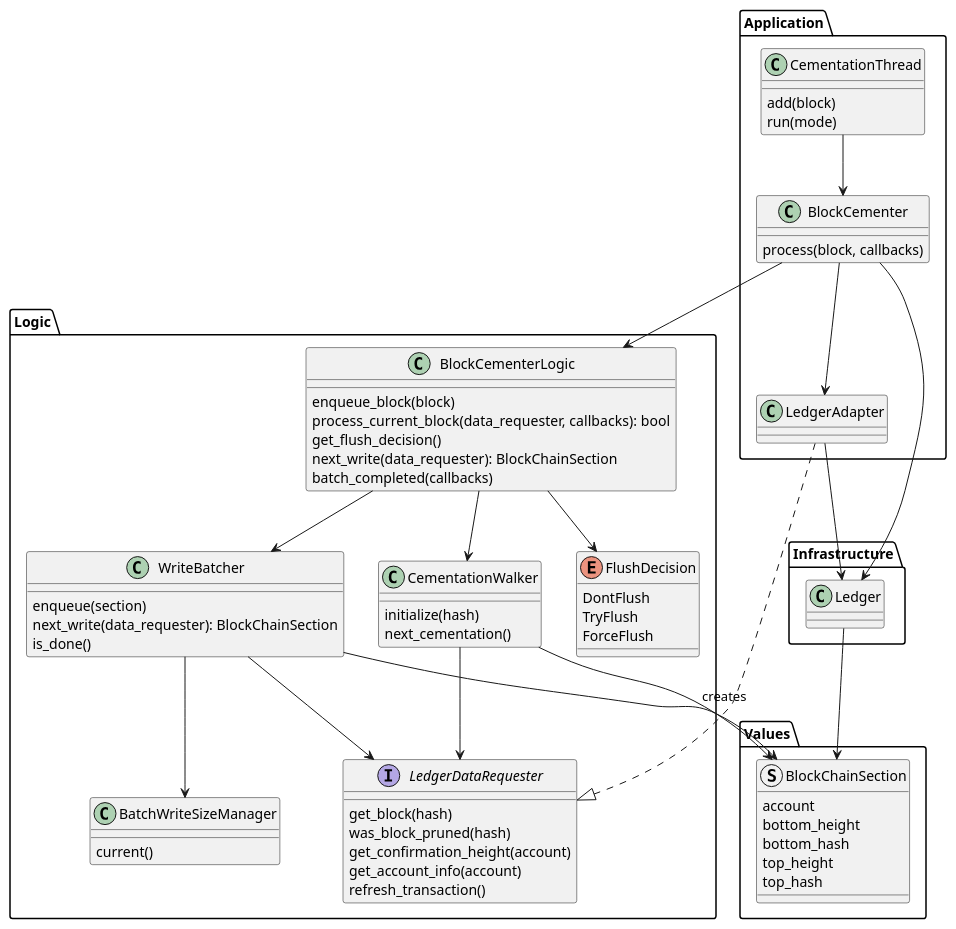
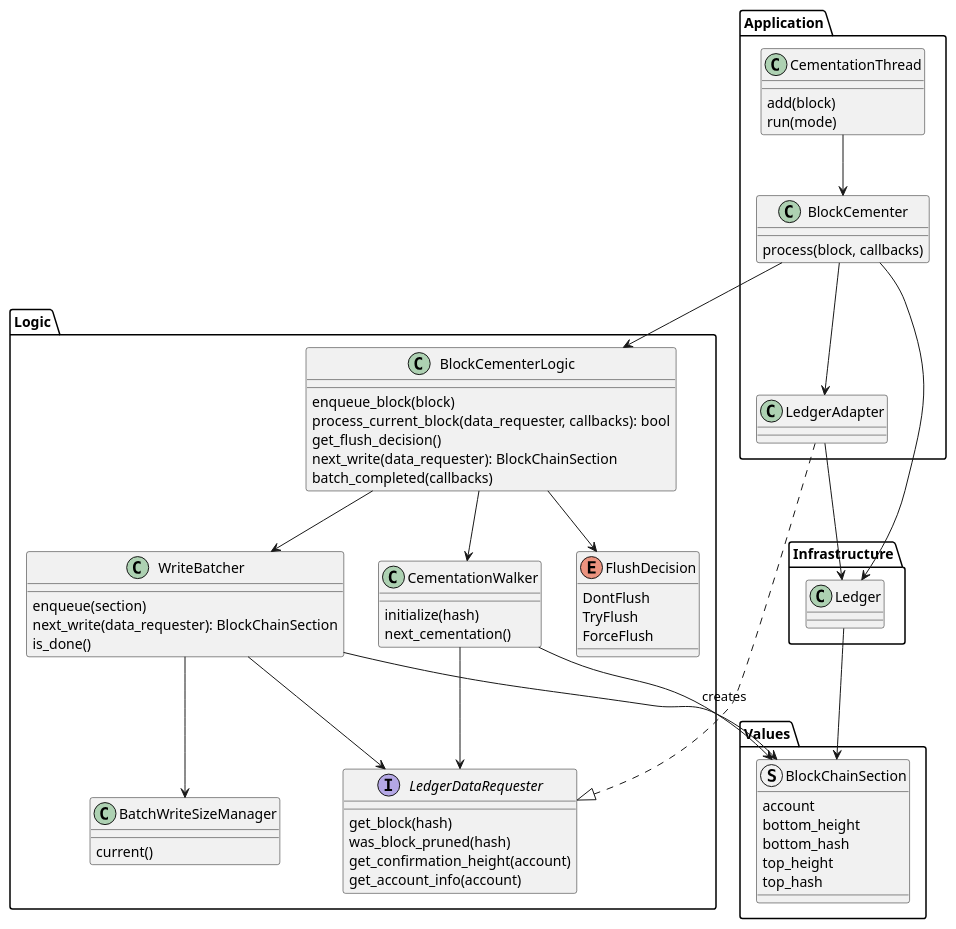
One commit to stjet/rsban-node changed the diagram in rust/doc/cementing.puml. Above: the diagram before and after it, drawn with PlantUML. The commit also changed 7 other files, not shown here.

```diff
--- a/rust/doc/cementing.puml
+++ b/rust/doc/cementing.puml
@@ -1,92 +1,91 @@
 @startuml "Confirmation Height"
 
 package "Infrastructure" {
     class Ledger
 }
 
 package "Logic"{
 
     class WriteBatcher {
         enqueue(section)
         next_write(data_requester): BlockChainSection
         is_done()
     }
 
     class BatchWriteSizeManager {
         current()
     }
 
     interface LedgerDataRequester{
         get_block(hash)
         was_block_pruned(hash)
         get_confirmation_height(account)
         get_account_info(account)
-        refresh_transaction()
     }
 
     class CementationWalker{
         initialize(hash)
         next_cementation()
     }
 
     class BlockCementerLogic{
         enqueue_block(block)
         process_current_block(data_requester, callbacks): bool
         get_flush_decision()
         next_write(data_requester): BlockChainSection
         batch_completed(callbacks)
     }
 
     enum FlushDecision{
         DontFlush
         TryFlush
         ForceFlush
     }
 }
 
 package "Values"{
     struct BlockChainSection{
         account
         bottom_height
         bottom_hash
         top_height
         top_hash
     }
 }
 
 package "Application"{
     class CementationThread{
         add(block)
         run(mode)
     }
 
     class BlockCementer{
         process(block, callbacks)
     }
 
     class LedgerAdapter
 }
 
 Ledger --> BlockChainSection
 
 BlockCementer --> Ledger
 BlockCementer --> LedgerAdapter
 BlockCementer --> BlockCementerLogic
 
 BlockCementerLogic --> CementationWalker
 BlockCementerLogic --> WriteBatcher
 BlockCementerLogic --> FlushDecision
 
 CementationWalker --> BlockChainSection: creates
 CementationWalker --> LedgerDataRequester
 
 WriteBatcher --> BatchWriteSizeManager
 WriteBatcher --> LedgerDataRequester
 WriteBatcher --> BlockChainSection
 
 CementationThread --> BlockCementer
 
 LedgerAdapter ..|> LedgerDataRequester
 LedgerAdapter --> Ledger
 
 @enduml
```
